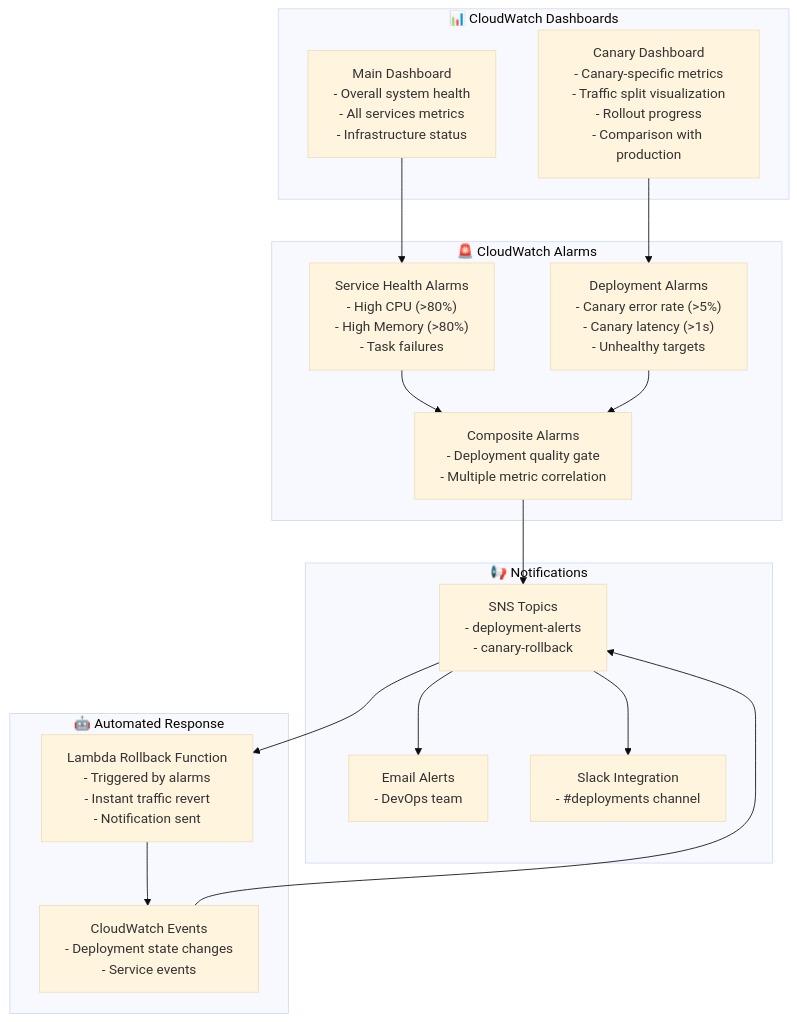
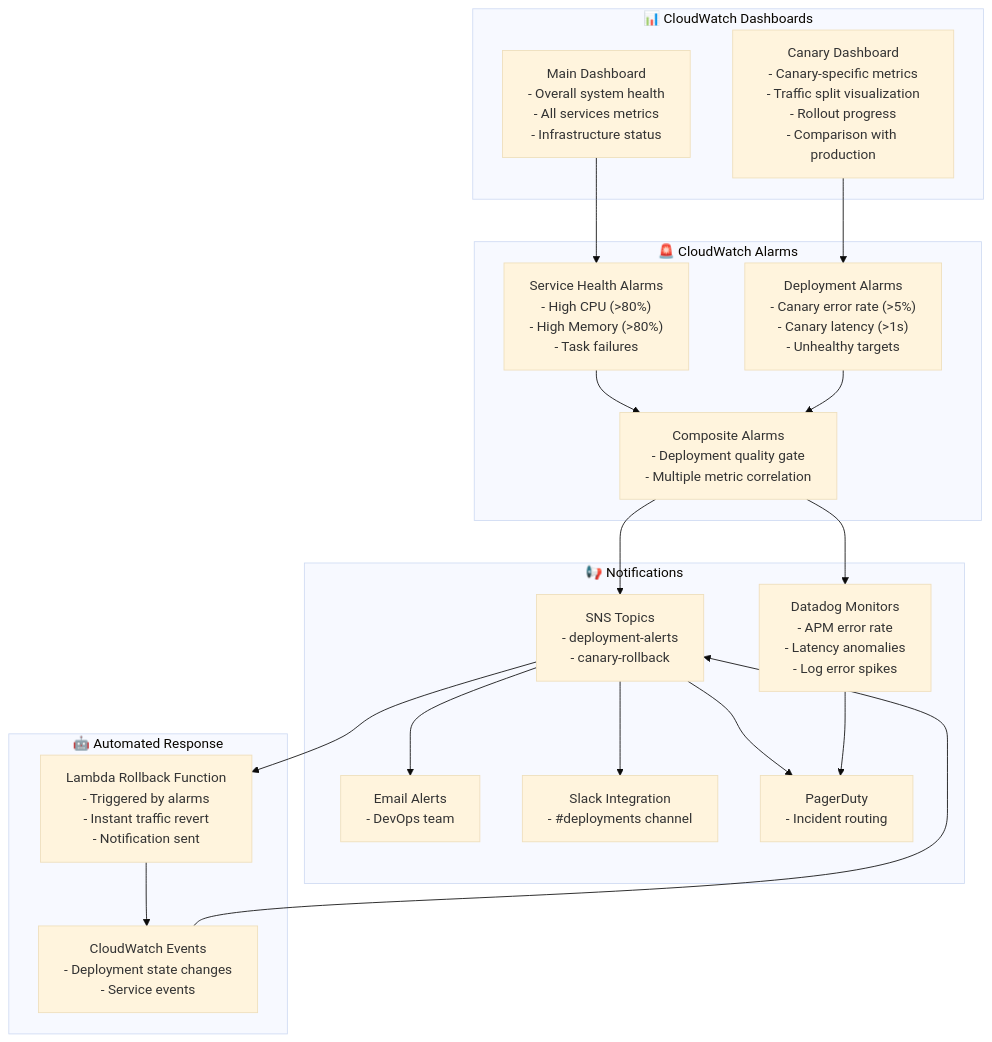
Before and after one commit to hoangsonww/PetSwipe-Match-App: diagram 25 of 34 in ARCHITECTURE.md, drawn with Mermaid (base theme). The commit also changed other lines of this file and 22 other files, not shown here.

Commit message:
feat(datadog): integrate Datadog observability with APM, logging, and monitoring configurations

````diff
--- a/ARCHITECTURE.md
+++ b/ARCHITECTURE.md
@@ -1419,38 +1443,43 @@
 ```mermaid
 flowchart TB
     subgraph Dashboards["📊 CloudWatch Dashboards"]
         MainDash["Main Dashboard<br/>- Overall system health<br/>- All services metrics<br/>- Infrastructure status"]
         CanaryDash["Canary Dashboard<br/>- Canary-specific metrics<br/>- Traffic split visualization<br/>- Rollout progress<br/>- Comparison with production"]
     end
 
     subgraph Alarms["🚨 CloudWatch Alarms"]
         ServiceAlarms["Service Health Alarms<br/>- High CPU (>80%)<br/>- High Memory (>80%)<br/>- Task failures"]
         DeploymentAlarms["Deployment Alarms<br/>- Canary error rate (>5%)<br/>- Canary latency (>1s)<br/>- Unhealthy targets"]
         CompositeAlarms["Composite Alarms<br/>- Deployment quality gate<br/>- Multiple metric correlation"]
     end
 
     subgraph Notifications["📢 Notifications"]
         SNSTopic["SNS Topics<br/>- deployment-alerts<br/>- canary-rollback"]
+        DDMonitors["Datadog Monitors<br/>- APM error rate<br/>- Latency anomalies<br/>- Log error spikes"]
         Email["Email Alerts<br/>- DevOps team"]
         Slack["Slack Integration<br/>- #deployments channel"]
+        PagerDuty["PagerDuty<br/>- Incident routing"]
     end
 
     subgraph Automation["🤖 Automated Response"]
         LambdaRollback["Lambda Rollback Function<br/>- Triggered by alarms<br/>- Instant traffic revert<br/>- Notification sent"]
         CloudWatchEvents["CloudWatch Events<br/>- Deployment state changes<br/>- Service events"]
     end
 
     MainDash --> ServiceAlarms
     CanaryDash --> DeploymentAlarms
     
     ServiceAlarms --> CompositeAlarms
     DeploymentAlarms --> CompositeAlarms
     
     CompositeAlarms --> SNSTopic
+    CompositeAlarms --> DDMonitors
     SNSTopic --> Email
     SNSTopic --> Slack
+    SNSTopic --> PagerDuty
+    DDMonitors --> PagerDuty
     SNSTopic --> LambdaRollback
     
     LambdaRollback --> CloudWatchEvents
     CloudWatchEvents --> SNSTopic
 ```
````
